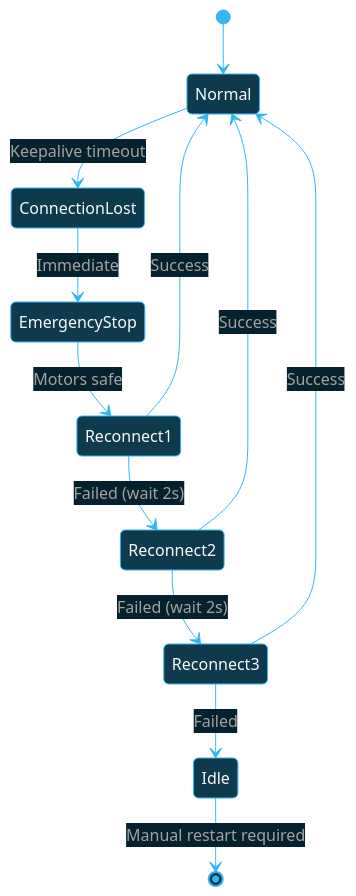
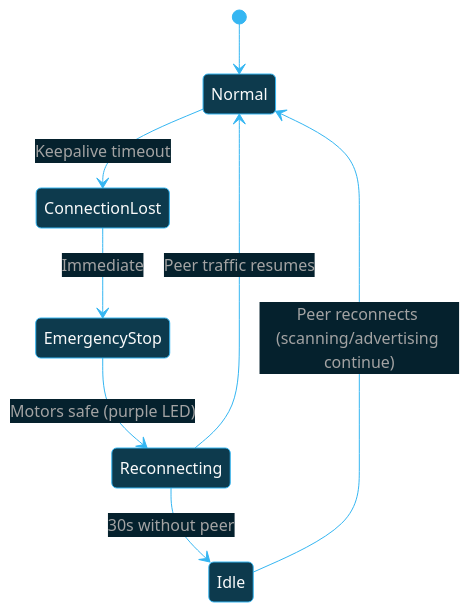
Before and after one commit to BlueBuzzah/BlueBuzzah-Firmware: the fifth of 5 diagrams in docs/SYNCHRONIZATION_PROTOCOL.md, drawn with Mermaid. The commit also changed other lines of this file and 7 other files, not shown here.

````diff
--- a/docs/SYNCHRONIZATION_PROTOCOL.md
+++ b/docs/SYNCHRONIZATION_PROTOCOL.md
@@ -423,41 +423,35 @@
 ```mermaid
 %%{init: {'theme': 'base', 'themeVariables': {
   'primaryColor': '#0d3a4d',
   'primaryTextColor': '#fafafa',
   'primaryBorderColor': '#35B6F2',
   'lineColor': '#35B6F2',
   'secondaryColor': '#05212D',
   'tertiaryColor': '#0a0a0a',
   'background': '#0a0a0a',
   'labelTextColor': '#fafafa',
   'stateBkg': '#0d3a4d',
   'stateBorder': '#35B6F2',
   'stateLabelColor': '#fafafa',
   'compositeBackground': '#05212D',
   'compositeBorder': '#35B6F2',
   'compositeTitleBackground': '#0d3a4d',
   'transitionColor': '#35B6F2',
   'transitionLabelColor': '#a3a3a3',
   'noteBkgColor': '#05212D',
   'noteBorderColor': '#35B6F2',
   'noteTextColor': '#fafafa'
 }}}%%
 stateDiagram-v2
     [*] --> Normal
 
     Normal --> ConnectionLost: Keepalive timeout
 
     ConnectionLost --> EmergencyStop: Immediate
-    EmergencyStop --> Reconnect1: Motors safe
+    EmergencyStop --> Reconnecting: Motors safe (purple LED)
 
-    Reconnect1 --> Normal: Success
-    Reconnect1 --> Reconnect2: Failed (wait 2s)
+    Reconnecting --> Normal: Peer traffic resumes
+    Reconnecting --> Idle: 30s without peer
 
-    Reconnect2 --> Normal: Success
-    Reconnect2 --> Reconnect3: Failed (wait 2s)
-
-    Reconnect3 --> Normal: Success
-    Reconnect3 --> Idle: Failed
-
-    Idle --> [*]: Manual restart required
+    Idle --> Normal: Peer reconnects (scanning/advertising continue)
 ```
````
